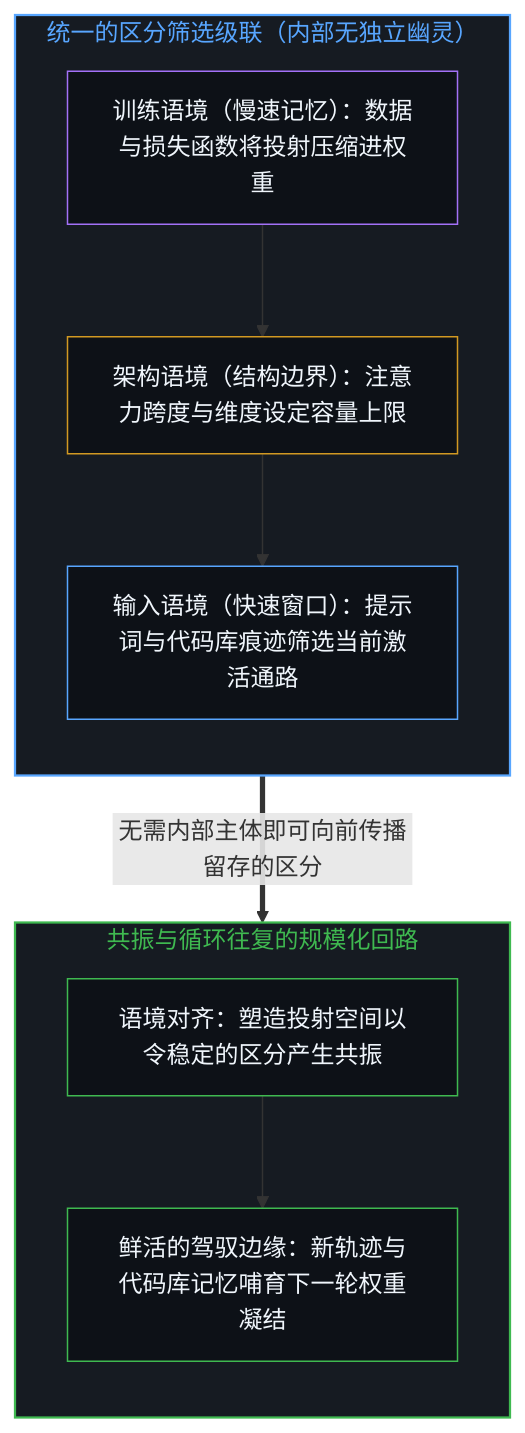
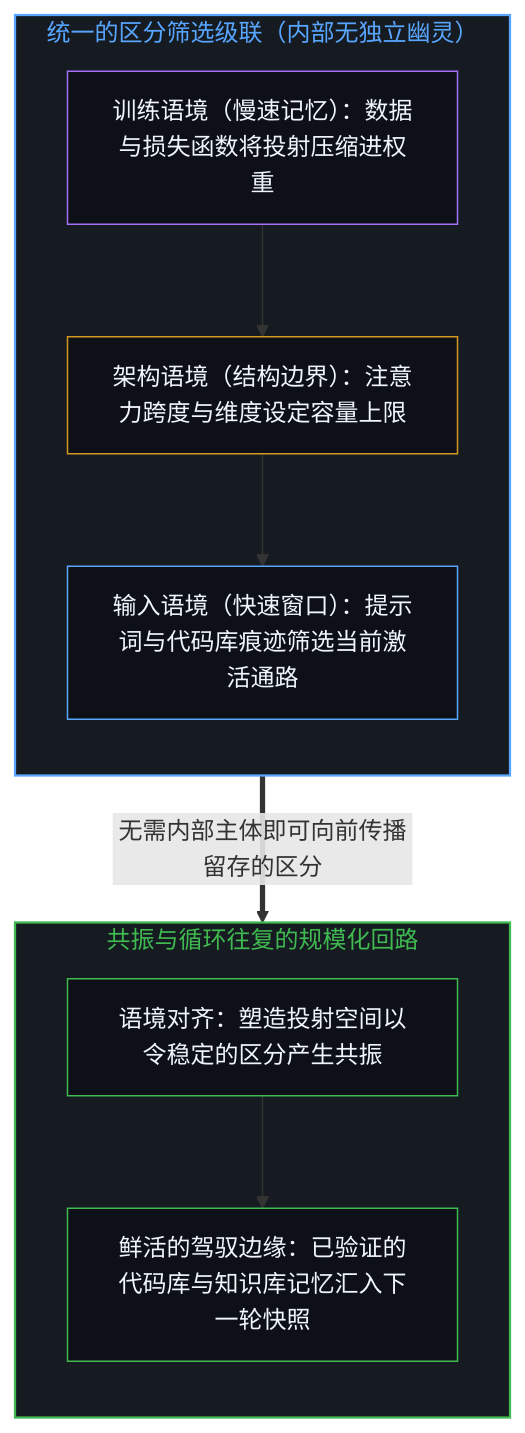
Before and after one commit to powerpig99/not-a-toe: the first of 2 diagrams in content/posts/context-engineering-essay.md, drawn with Mermaid. The commit also changed other lines of this file and 2 other files, not shown here.

````diff
--- a/content/posts/context-engineering-essay.md
+++ b/content/posts/context-engineering-essay.md
@@ -23,24 +23,24 @@
 ```mermaid
 flowchart TD
     subgraph S_Cascade["统一的区分筛选级联（内部无独立幽灵）"]
         direction TB
         L_Train["训练语境（慢速记忆）：数据与损失函数将投射压缩进权重"]
         L_Arch["架构语境（结构边界）：注意力跨度与维度设定容量上限"]
         L_Input["输入语境（快速窗口）：提示词与代码库痕迹筛选当前激活通路"]
         L_Train --> L_Arch --> L_Input
     end
     subgraph S_Loop["共振与循环往复的规模化回路"]
         direction TB
         R_Align["语境对齐：塑造投射空间以令稳定的区分产生共振"]
-        R_Expand["鲜活的驾驭边缘：新轨迹与代码库记忆哺育下一轮权重凝结"]
+        R_Expand["鲜活的驾驭边缘：已验证的代码库与知识库记忆汇入下一轮快照"]
         R_Align --> R_Expand
     end
     L_Input ==>|"无需内部主体即可向前传播留存的区分"| R_Align
     style S_Cascade fill:#161b22,stroke:#58a6ff,stroke-width:1.5px,color:#58a6ff
     style S_Loop fill:#161b22,stroke:#3fb950,stroke-width:1.5px,color:#3fb950
     style L_Train fill:#0d1117,stroke:#a371f7,stroke-width:1px,color:#f0f6fc
     style L_Arch fill:#0d1117,stroke:#d29922,stroke-width:1px,color:#f0f6fc
     style L_Input fill:#0d1117,stroke:#58a6ff,stroke-width:1px,color:#f0f6fc
     style R_Align fill:#0d1117,stroke:#3fb950,stroke-width:1px,color:#f0f6fc
     style R_Expand fill:#0d1117,stroke:#3fb950,stroke-width:1px,color:#f0f6fc
 ```
````
